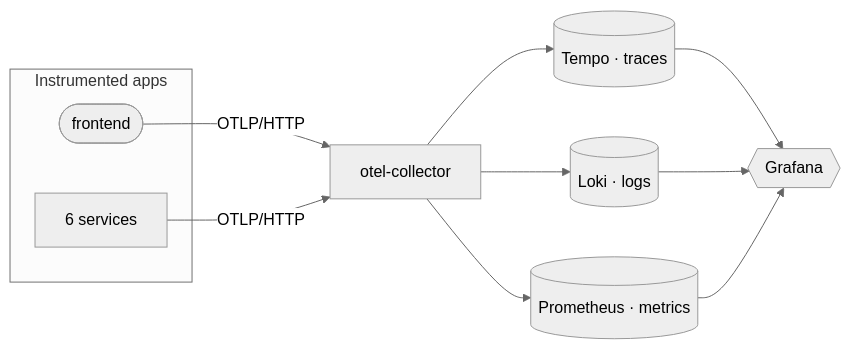
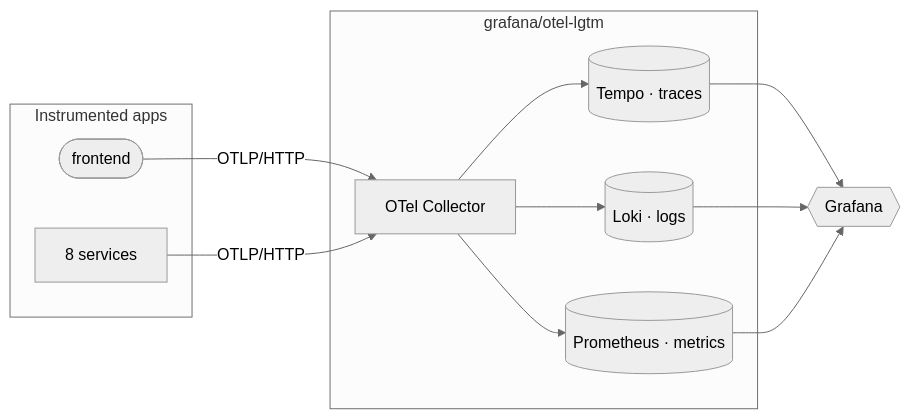
Before and after one commit to ricardosantosduarte/otel-demo: the second of 2 diagrams in README.md, drawn with Mermaid (neutral theme). The commit also changed other lines of this file and 15 other files, not shown here.

````diff
--- a/README.md
+++ b/README.md
@@ -67,16 +83,20 @@
 ```mermaid
 flowchart LR
     subgraph app[Instrumented apps]
         FE([frontend])
-        SVCS[6 services]
+        SVCS[8 services]
     end
 
-    FE -->|OTLP/HTTP| COL[otel-collector]
+    subgraph lgtm[grafana/otel-lgtm]
+        COL[OTel Collector]
+        COL --> TEMPO[(Tempo · traces)]
+        COL --> LOKI[(Loki · logs)]
+        COL --> PROM[(Prometheus · metrics)]
+    end
+
+    FE -->|OTLP/HTTP| COL
     SVCS -->|OTLP/HTTP| COL
-    COL --> TEMPO[(Tempo · traces)]
-    COL --> LOKI[(Loki · logs)]
-    COL --> PROM[(Prometheus · metrics)]
     TEMPO --> GRAF{{Grafana}}
     LOKI --> GRAF
     PROM --> GRAF
 ```
````
